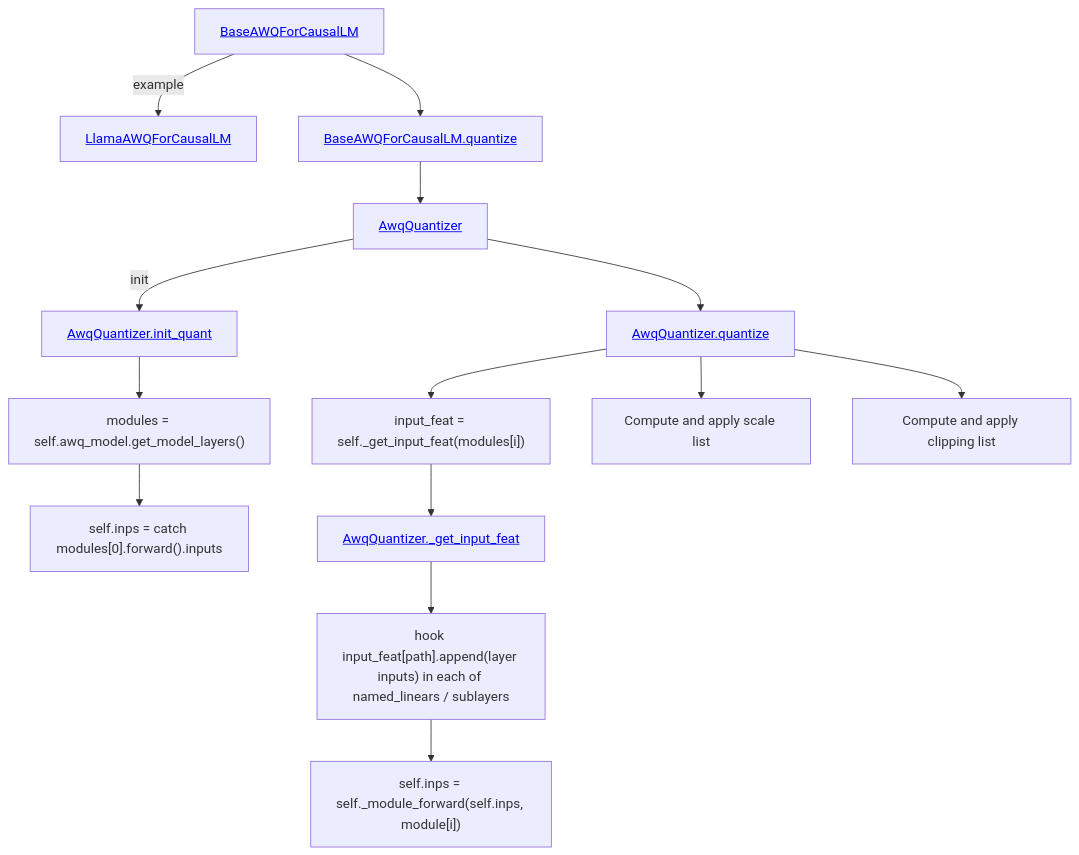
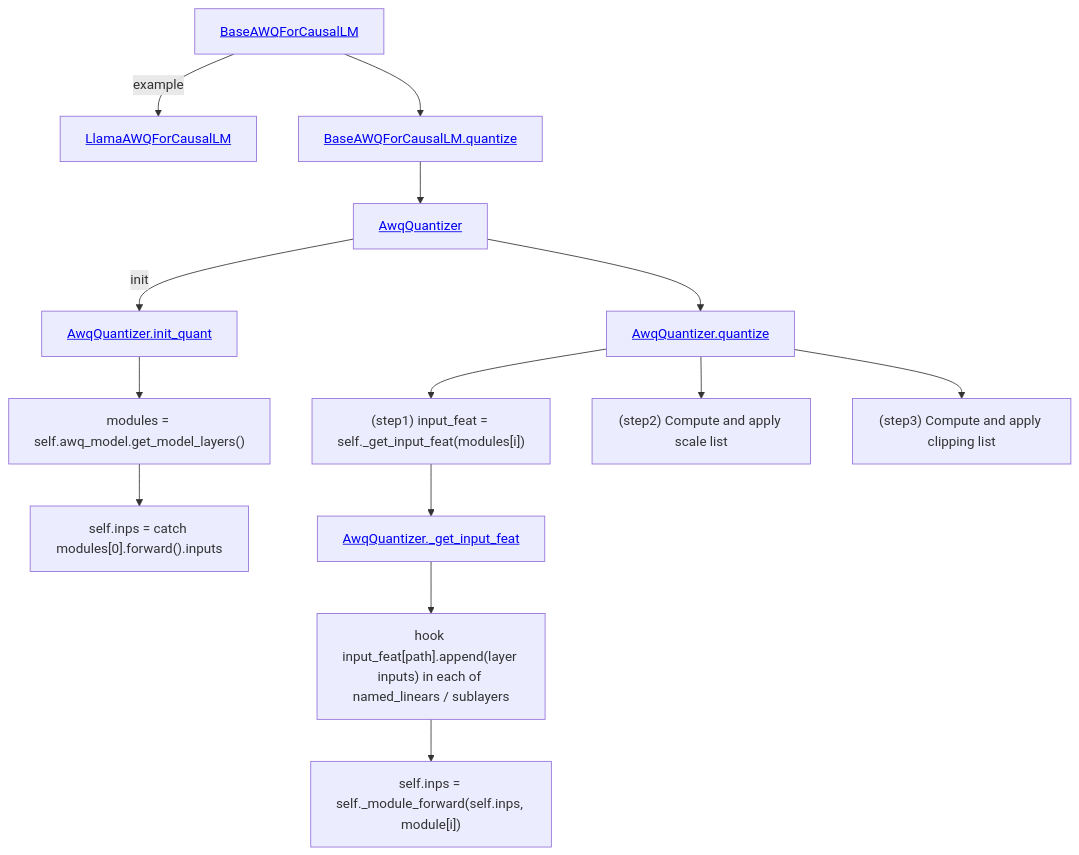
One commit to w32zhong/AutoAWQ changed the diagram in README.md. Above: the diagram before and after it, drawn with Mermaid.

````diff
--- a/README.md
+++ b/README.md
@@ -2,27 +2,27 @@
 ```mermaid
 graph TD;
     BaseAWQForCausalLM[<a href="https://github.com/w32zhong/AutoAWQ/blob/1c5787f5c44acc2753c0e30e4b59412343cb4a71/awq/models/base.py#L89">BaseAWQForCausalLM</a>]
     LlamaAWQForCausalLM[<a href="https://github.com/w32zhong/AutoAWQ/blob/1c5787f5c44acc2753c0e30e4b59412343cb4a71/awq/models/llama.py#L14">LlamaAWQForCausalLM</a>]
     BaseAWQForCausalLM -->|example| LlamaAWQForCausalLM
     BaseAWQForCausalLM_quantize[<a href="https://github.com/w32zhong/AutoAWQ/blob/1c5787f5c44acc2753c0e30e4b59412343cb4a71/awq/models/base.py#L129">BaseAWQForCausalLM.quantize</a>]
     BaseAWQForCausalLM --> BaseAWQForCausalLM_quantize --> AwqQuantizer
     AwqQuantizer[<a href="https://github.com/w32zhong/AutoAWQ/blob/1c5787f5c44acc2753c0e30e4b59412343cb4a71/awq/quantize/quantizer.py#L27">AwqQuantizer</a>]
     AwqQuantizer -->|init| AwqQuantizer.init_quant
     AwqQuantizer.init_quant[<a href="https://github.com/w32zhong/AutoAWQ/blob/1c5787f5c44acc2753c0e30e4b59412343cb4a71/awq/quantize/quantizer.py#L544">AwqQuantizer.init_quant</a>]
     AwqQuantizer.init_quant --> get_model_layers__call --> first_inp
     get_model_layers__call["modules = self.awq_model.get_model_layers()"]
     first_inp["self.inps = catch modules[0].forward().inputs"]
 
     AwqQuantizer --> AwqQuantizer.quantize
     AwqQuantizer.quantize[<a href="https://github.com/w32zhong/AutoAWQ/blob/1c5787f5c44acc2753c0e30e4b59412343cb4a71/awq/quantize/quantizer.py#L126">AwqQuantizer.quantize</a>]
     AwqQuantizer.quantize --> _get_input_feat__call --> _get_input_feat --> hook_sublayers --> _module_forward 
-    _get_input_feat__call["input_feat = self._get_input_feat(modules[i])"]
+    _get_input_feat__call["(step1) input_feat = self._get_input_feat(modules[i])"]
     _get_input_feat[<a href="https://github.com/w32zhong/AutoAWQ/blob/1c5787f5c44acc2753c0e30e4b59412343cb4a71/awq/quantize/quantizer.py#L609">AwqQuantizer._get_input_feat</a>]
     hook_sublayers["hook input_feat[path].append(layer inputs) in each of named_linears / sublayers"]
     _module_forward["self.inps = self._module_forward(self.inps, module[i])"]
 
     AwqQuantizer.quantize --> step2
     AwqQuantizer.quantize --> step3
-    step2[Compute and apply scale list]
-    step3[Compute and apply clipping list]
+    step2["(step2) Compute and apply scale list"]
+    step3["(step3) Compute and apply clipping list"]
 ```
````
